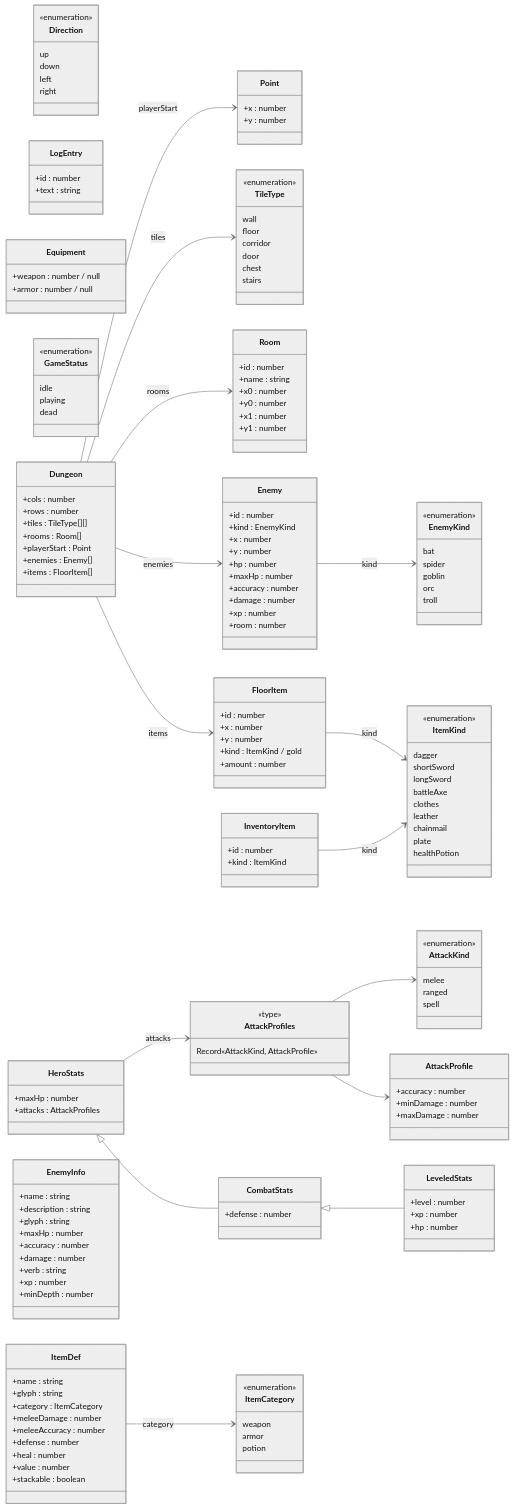
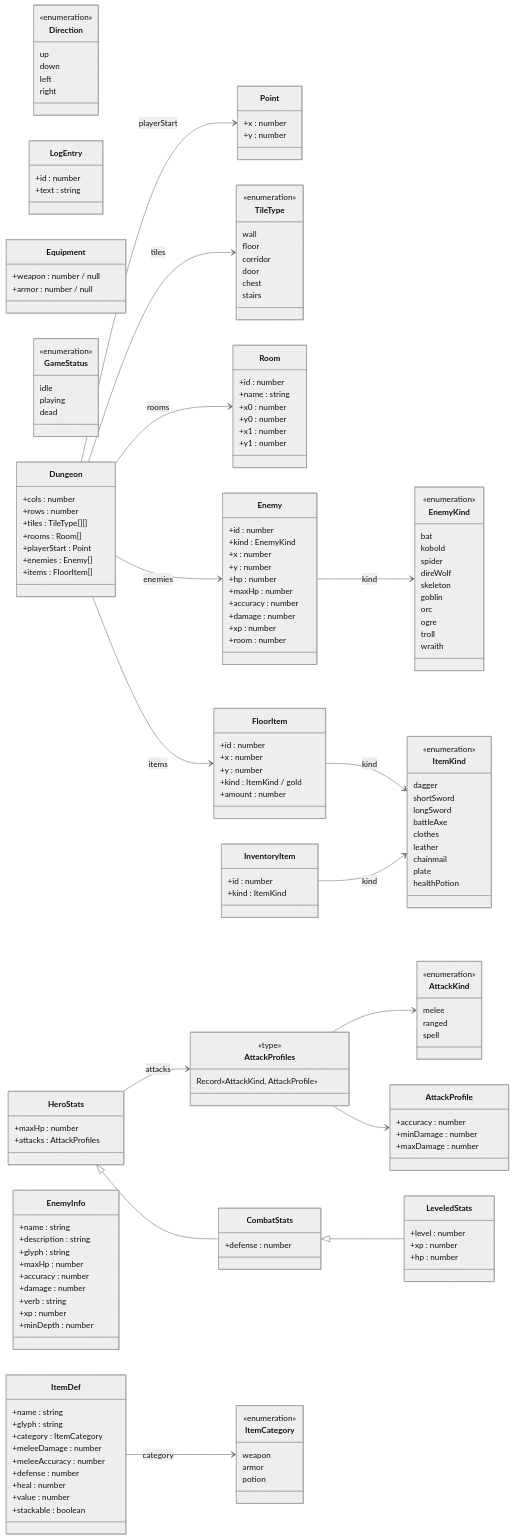
Before and after one commit to norarcasey/legends-of-noragon: the first of 4 diagrams in docs/DOMAIN_MODEL.md, drawn with Mermaid (neutral theme). The commit also changed other lines of this file and 8 other files, not shown here.

First line of the commit message:
Add five new enemy types: kobold, dire wolf, skeleton, ogre, wraith

```diff
--- a/docs/DOMAIN_MODEL.md
+++ b/docs/DOMAIN_MODEL.md
@@ -135,10 +135,15 @@
   class EnemyKind {
     <<enumeration>>
     bat
+    kobold
     spider
+    direWolf
+    skeleton
     goblin
     orc
+    ogre
     troll
+    wraith
   }
   class EnemyInfo {
     +name : string
```
